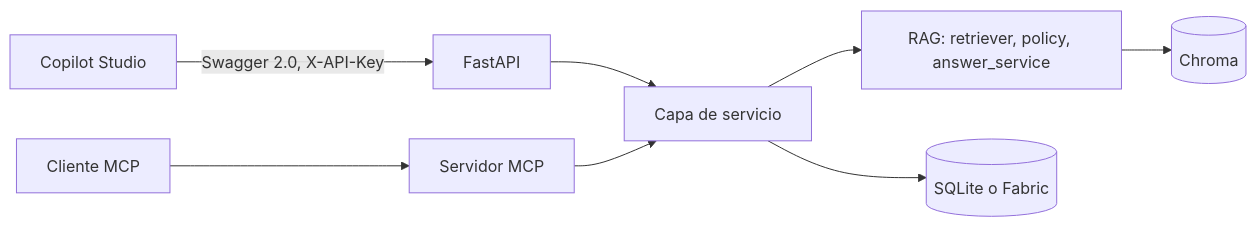
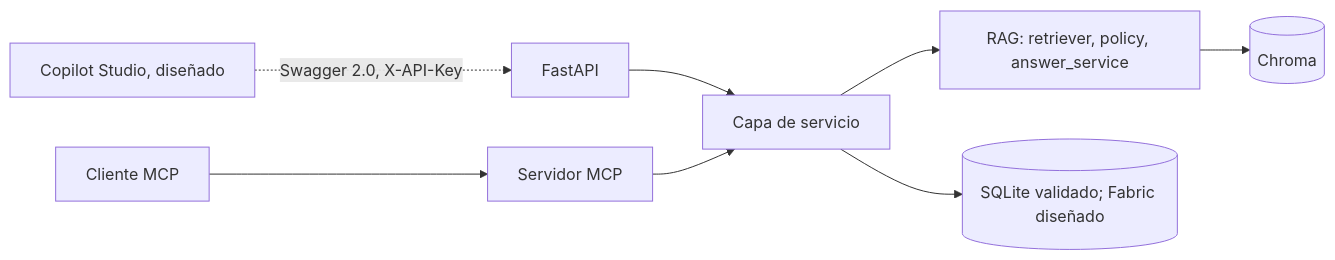
The second of 2 diagrams in README.md (LuisFernandoAparicio21/deskpilot-ai), drawn with Mermaid before and after one commit. The commit also changed other lines of this file and 5 other files, not shown here.

````diff
--- a/README.md
+++ b/README.md
@@ -206,10 +206,10 @@
 ```mermaid
 flowchart LR
-    CS[Copilot Studio] -->|Swagger 2.0, X-API-Key| API[FastAPI]
+    CS[Copilot Studio, diseñado] -.->|Swagger 2.0, X-API-Key| API[FastAPI]
     MCPC[Cliente MCP] --> MCP[Servidor MCP]
     API --> SVC[Capa de servicio]
     MCP --> SVC
     SVC --> RAG[RAG: retriever, policy, answer_service]
-    SVC --> REPO[(SQLite o Fabric)]
+    SVC --> REPO[(SQLite validado; Fabric diseñado)]
     RAG --> VDB[(Chroma)]
 ```
````
